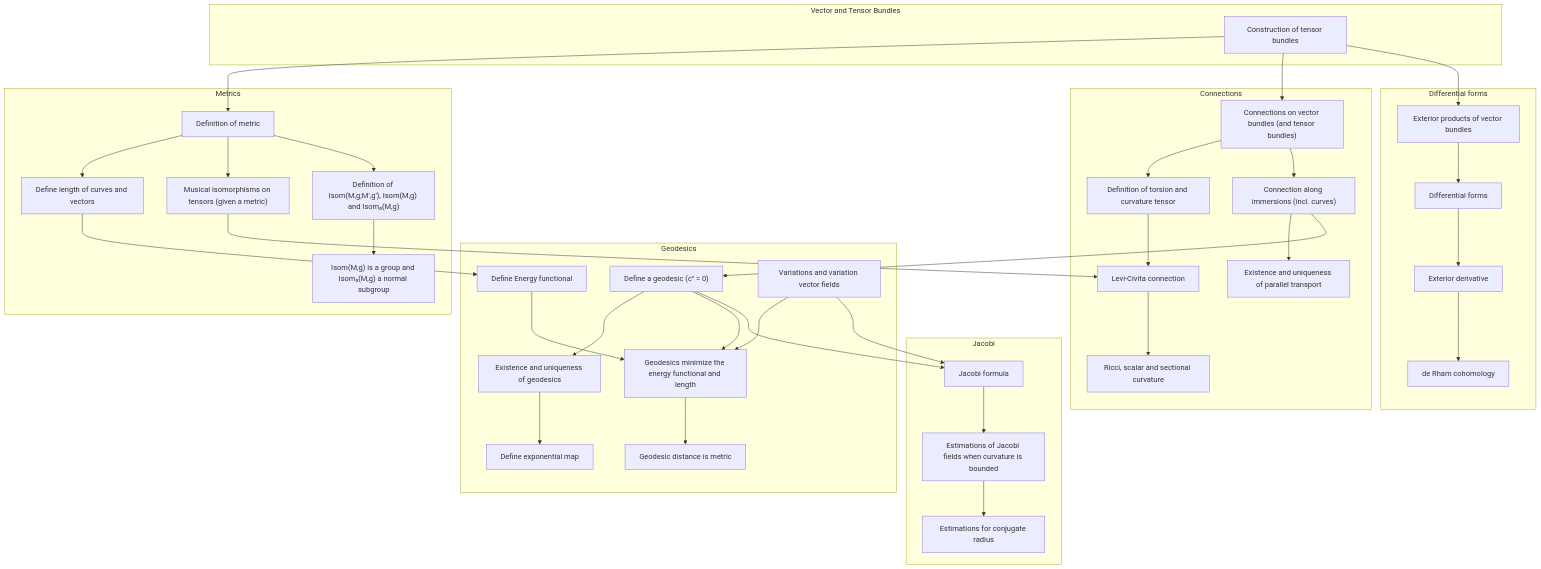
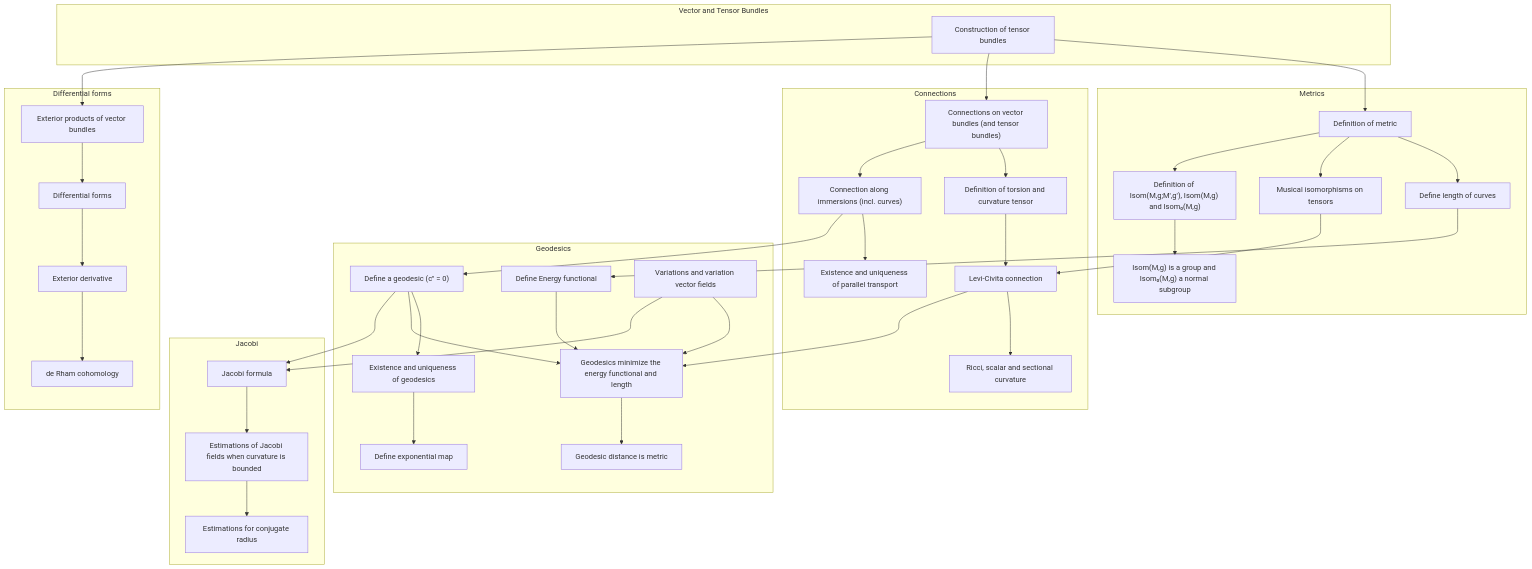
Before and after one commit to jkanschik/learning-lean: the diagram in differentialGeometry/gapAnalysis.md, drawn with Mermaid.

````diff
--- a/differentialGeometry/gapAnalysis.md
+++ b/differentialGeometry/gapAnalysis.md
@@ -112,76 +112,77 @@
 ```mermaid
 graph TD;
 
     subgraph "Vector and Tensor Bundles"
         T1["Construction of tensor bundles"]
     end
 
     subgraph "Metrics"
         T2["Definition of metric"]
-        T3["Define length of curves and vectors"]
-        T12["Musical isomorphisms on tensors (given a metric)"]
+        T3["Define length of curves"]
+        T12["Musical isomorphisms on tensors"]
         T4["Definition of Isom(M,g;M',g'), Isom(M,g) and Isom₀(M,g)"]
         T5["Isom(M,g) is a group and Isom₀(M,g) a normal subgroup"]
 
         T2-->T3
         T2-->T12
         T2-->T4-->T5
     end
 
     T1-->T2
 
     subgraph "Connections"
         T10["Connections on vector bundles (and tensor bundles)"]
         T11["Definition of torsion and curvature tensor"]
         T13["Levi-Civita connection"]
         T14["Ricci, scalar and sectional curvature"]
         T15["Connection along immersions (incl. curves)"]
         T16["Existence and uniqueness of parallel transport"]
 
         T10-->T11-->T13-->T14
         T10-->T15-->T16
     end
 
     T1-->T10
     T12-->T13
 
     subgraph "Geodesics"
         T30["Define a geodesic (c'' = 0)"]
         T31["Existence and uniqueness of geodesics"]
         T32["Define exponential map"]
         T33["Define Energy functional"]
         T40["Variations and variation vector fields"]
         T34["Geodesics minimize the energy functional and length"]
         T35["Geodesic distance is metric"]
 
         T15-->T30
         T3-->T33
 
         T30-->T31-->T32
+        T13-->T34
         T30-->T34
         T40-->T34
         T33-->T34-->T35
     end
 
     subgraph "Jacobi"
         T41["Jacobi formula"]
         T42["Estimations of Jacobi fields when curvature is bounded"]
         T43["Estimations for conjugate radius"]
 
         T30-->T41
         T40-->T41-->T42-->T43
     end
 
     subgraph "Differential forms"
         T50["Exterior products of vector bundles"]
         T51["Differential forms"]
         T52["Exterior derivative"]
         T53["de Rham cohomology"]
 
         T1-->T50
         T50-->T51-->T52-->T53
     end
 
 
 
 ```
````
